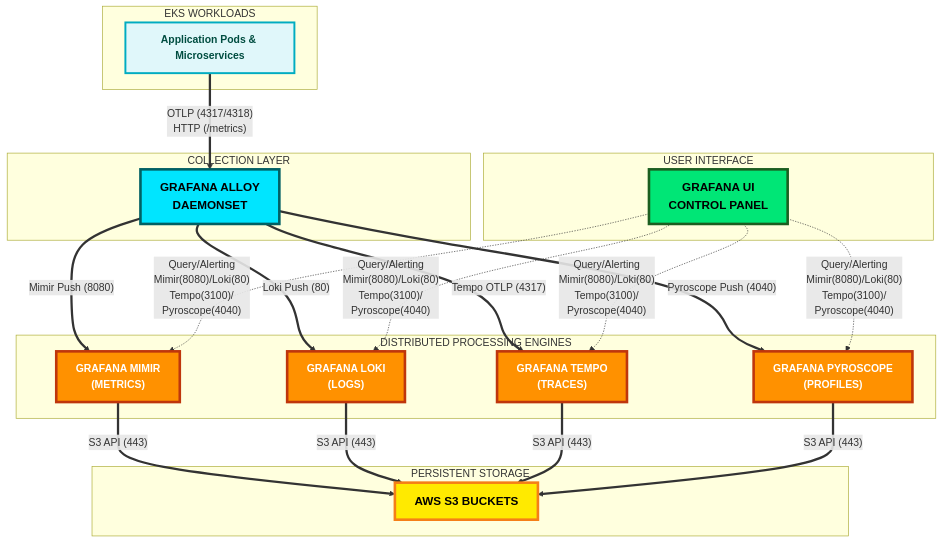
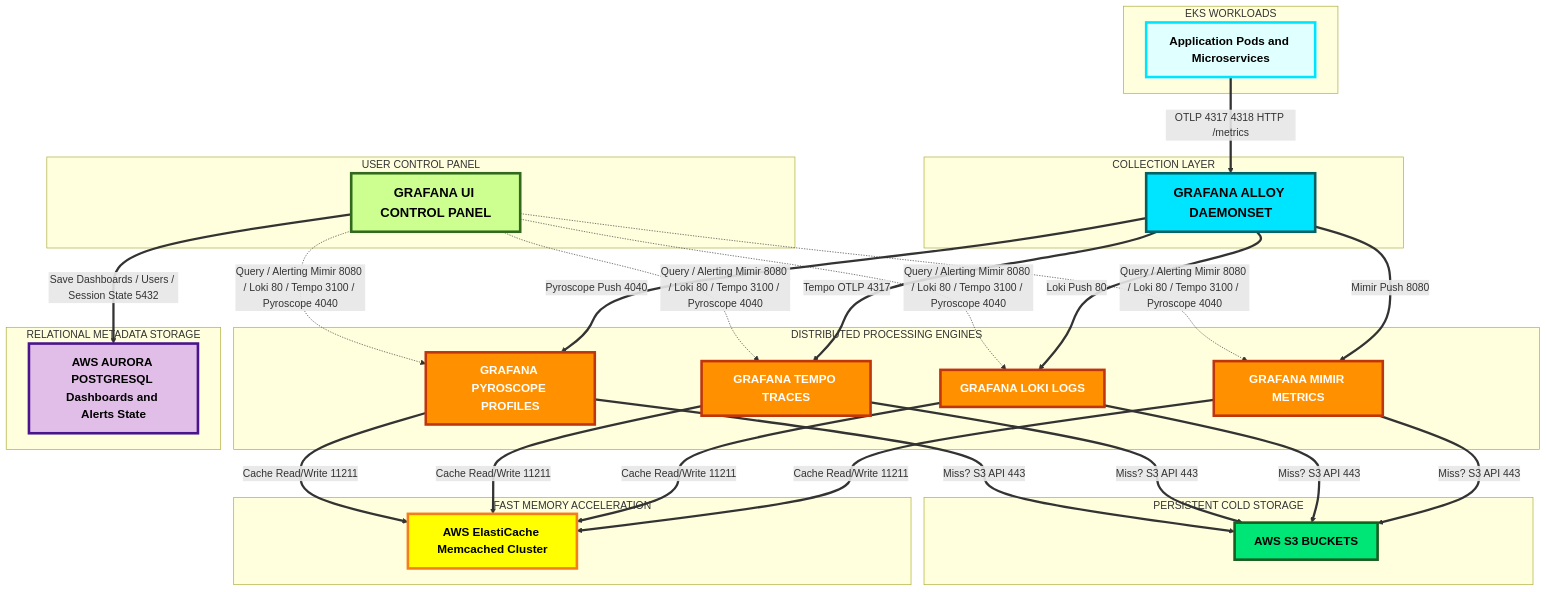
One commit to thakursuraj509/test changed the diagram in README.md. Above: the diagram before and after it, drawn with Mermaid. The commit also changed other lines of this file, not shown here.

Commit message:
Revise EKS architectural workflow and add caching layer
Updated architectural workflow diagram with enhanced color definitions and added caching layer for performance optimization. Removed outdated sections and improved clarity in component names.

````diff
--- a/README.md
+++ b/README.md
@@ -47,54 +47,79 @@
 ```mermaid
 graph TD
-    %% Define High-Contrast, Vivid Colors with Overridden Text Styles
-    classDef app fill:#E0F7FA,stroke:#00ACC1,stroke-width:3px,color:#004D40,font-weight:bold,font-size:16px;
-    classDef agent fill:#00E5FF,stroke:#006064,stroke-width:4px,color:#000000,font-weight:bold,font-size:18px;
-    classDef backend fill:#FF9100,stroke:#BF360C,stroke-width:4px,color:#FFFFFF,font-weight:bold,font-size:16px;
-    classDef storage fill:#FFEA00,stroke:#F57F17,stroke-width:4px,color:#000000,font-weight:bold,font-size:18px;
-    classDef ui fill:#00E676,stroke:#1B5E20,stroke-width:4px,color:#000000,font-weight:bold,font-size:18px;
+    %% Define Bright Neon High-Contrast Theme with Enlarged Bold Fonts
+    classDef app fill:#E0FFFF,stroke:#00E5FF,stroke-width:4px,color:#000000,font-weight:bold,font-size:18px;
+    classDef agent fill:#00E5FF,stroke:#006064,stroke-width:4px,color:#000000,font-weight:bold,font-size:20px;
+    classDef backend fill:#FF9100,stroke:#BF360C,stroke-width:4px,color:#FFFFFF,font-weight:bold,font-size:18px;
+    classDef cache fill:#FFFF00,stroke:#F57F17,stroke-width:4px,color:#000000,font-weight:bold,font-size:18px;
+    classDef storage fill:#00E676,stroke:#1B5E20,stroke-width:4px,color:#000000,font-weight:bold,font-size:18px;
+    classDef ui fill:#CCFF90,stroke:#33691E,stroke-width:4px,color:#000000,font-weight:bold,font-size:20px;
+    classDef aurora fill:#E1BEE7,stroke:#4A148C,stroke-width:4px,color:#000000,font-weight:bold,font-size:18px;
 
     %% --- 1. APPLICATION LAYER ---
     subgraph AppLayer [EKS WORKLOADS]
-        A["Application Pods & Microservices"]
+        A["Application Pods and Microservices"]
     end
     class A app;
 
     %% --- 2. COLLECTION LAYER ---
     subgraph CollectionLayer [COLLECTION LAYER]
-        B["GRAFANA ALLOY\nDAEMONSET"]
+        B["GRAFANA ALLOY DAEMONSET"]
     end
     class B agent;
 
     %% --- 3. STORAGE & PROCESSING BACKENDS ---
     subgraph ProcessingLayer [DISTRIBUTED PROCESSING ENGINES]
-        C["GRAFANA MIMIR\n(METRICS)"]
-        D["GRAFANA LOKI\n(LOGS)"]
-        E["GRAFANA TEMPO\n(TRACES)"]
-        F["GRAFANA PYROSCOPE\n(PROFILES)"]
+        C["GRAFANA MIMIR METRICS"]
+        D["GRAFANA LOKI LOGS"]
+        E["GRAFANA TEMPO TRACES"]
+        F["GRAFANA PYROSCOPE PROFILES"]
     end
     class C,D,E,F backend;
 
-    %% --- 4. COLD STORAGE ---
-    subgraph StorageLayer [PERSISTENT STORAGE]
+    %% --- 4. ACCELERATION LAYER (CACHING) ---
+    subgraph CacheLayer [FAST MEMORY ACCELERATION]
+        CH["AWS ElastiCache Memcached Cluster"]
+    end
+    class CH cache;
+
+    %% --- 5. COLD STORAGE ---
+    subgraph StorageLayer [PERSISTENT COLD STORAGE]
         G["AWS S3 BUCKETS"]
     end
     class G storage;
 
-    %% --- 5. VISUALIZATION LAYER ---
-    subgraph VisualizationLayer [USER INTERFACE]
-        H["GRAFANA UI\nCONTROL PANEL"]
+    %% --- 6. VISUALIZATION LAYER ---
+    subgraph VisualizationLayer [USER CONTROL PANEL]
+        H["GRAFANA UI CONTROL PANEL"]
     end
     class H ui;
 
-    %% --- PIPELINE CONNECTIONS (FLOW) ---
-    A == "OTLP (4317/4318) \n HTTP (/metrics)" ==> B
+    %% --- 7. METADATA LAYER ---
+    subgraph MetadataLayer [RELATIONAL METADATA STORAGE]
+        I["AWS AURORA POSTGRESQL Dashboards and Alerts State"]
+    end
+    class I aurora;
+
+    %% --- PIPELINE CONNECTIONS (FLOWS) ---
+    A == "OTLP 4317 4318 HTTP /metrics" ==> B
     
-    B == "Mimir Push (8080)" ==> C
-    B == "Loki Push (80)" ==> D
-    B == "Tempo OTLP (4317)" ==> E
-    B == "Pyroscope Push (4040)" ==> F
+    B == "Mimir Push 8080" ==> C
+    B == "Loki Push 80" ==> D
+    B == "Tempo OTLP 4317" ==> E
+    B == "Pyroscope Push 4040" ==> F
     
-    C & D & E & F == "S3 API (443)" ==> G
+    %% --- CACHING MAPPINGS ---
+    C == "Cache Read/Write 11211" ==> CH
+    D == "Cache Read/Write 11211" ==> CH
+    E == "Cache Read/Write 11211" ==> CH
+    F == "Cache Read/Write 11211" ==> CH
     
-    H -. "Query/Alerting\nMimir(8080)/Loki(80)\nTempo(3100)/\nPyroscope(4040)" .-> C & D & E & F
+    %% --- COLD STORAGE MAPPINGS ---
+    C & D & E & F == "Miss? S3 API 443" ==> G
+    
+    %% --- USER QUERY & ALERTING CONTROL FLOW ---
+    H -. "Query / Alerting Mimir 8080 / Loki 80 / Tempo 3100 / Pyroscope 4040" .-> C & D & E & F
+    
+    %% --- GRAFANA FRONTEND PERSISTENCE FLOW ---
+    H == "Save Dashboards / Users / Session State 5432" ==> I
 ```
````
